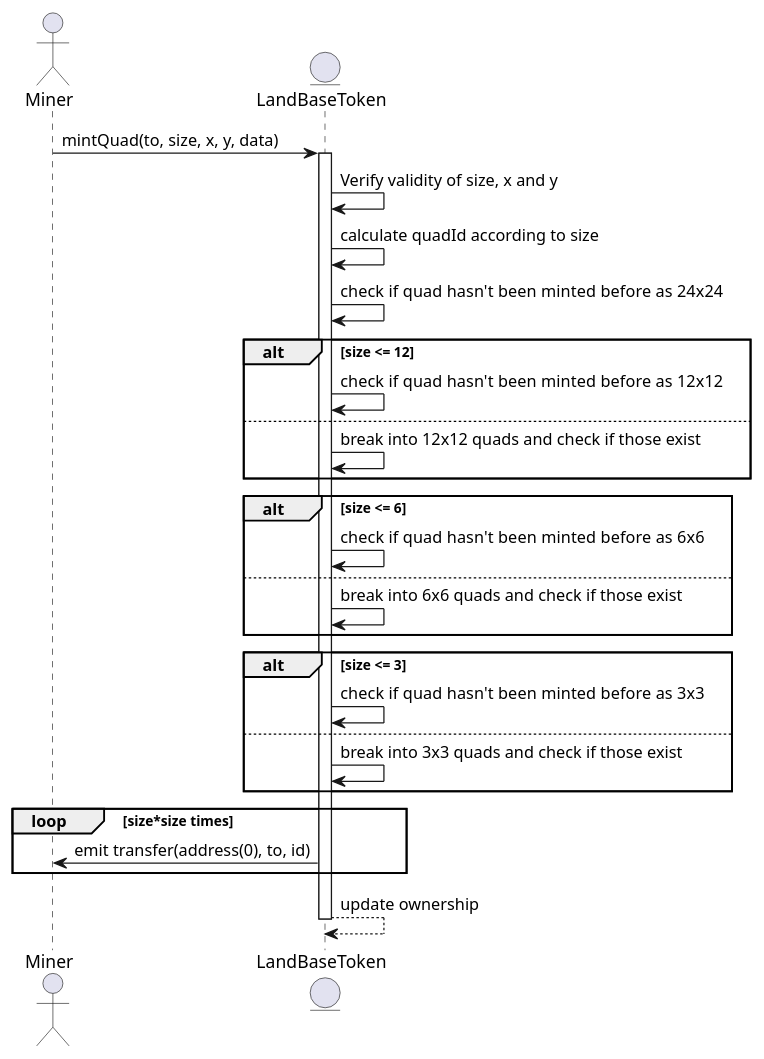
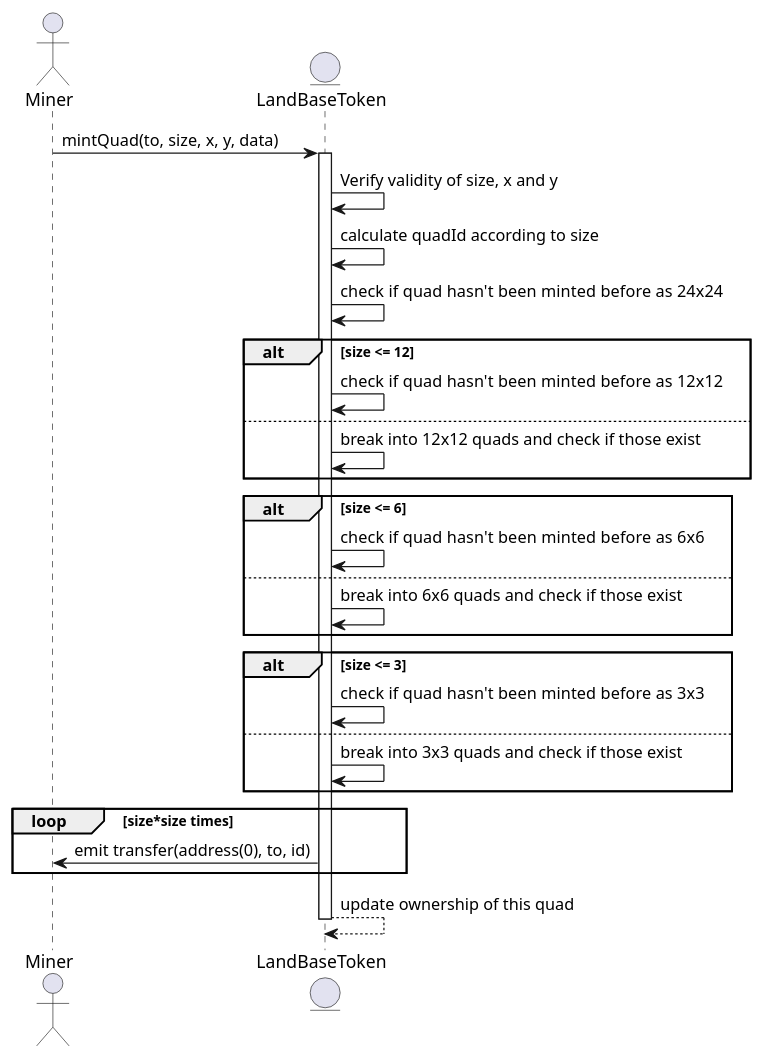
One commit to thesandboxgame/sandbox-smart-contracts changed the second of 4 diagrams in docs/topics/land/land.md. Above: the diagram before and after it, drawn with PlantUML. The commit also changed other lines of this file and 1 other file, not shown here.

````diff
--- a/docs/topics/land/land.md
+++ b/docs/topics/land/land.md
@@ -266,40 +264,40 @@
 ```plantuml
 
 actor Miner
 entity LandBaseToken
 
 Miner -> LandBaseToken: mintQuad(to, size, x, y, data)
 
 
 activate LandBaseToken
 LandBaseToken -> LandBaseToken: Verify validity of size, x and y
 
 LandBaseToken -> LandBaseToken: calculate quadId according to size
 LandBaseToken -> LandBaseToken: check  if quad hasn't been minted before as 24x24
 
 alt size <= 12
 LandBaseToken -> LandBaseToken: check  if quad hasn't been minted before as 12x12
 else
 LandBaseToken -> LandBaseToken: break into 12x12 quads and check if those exist
 end
 
 alt size <= 6
 LandBaseToken -> LandBaseToken: check  if quad hasn't been minted before as 6x6
 else
 LandBaseToken -> LandBaseToken: break into 6x6 quads and check if those exist
 end
 
 alt size <= 3
 LandBaseToken -> LandBaseToken: check  if quad hasn't been minted before as 3x3
 else
 LandBaseToken -> LandBaseToken: break into 3x3 quads and check if those exist
 end
 
 loop size*size times
     LandBaseToken -> Miner: emit transfer(address(0), to, id)
 end
 
-LandBaseToken --> LandBaseToken: update ownership
+LandBaseToken --> LandBaseToken: update ownership of this quad
 deactivate LandBaseToken
 
 ```
````
